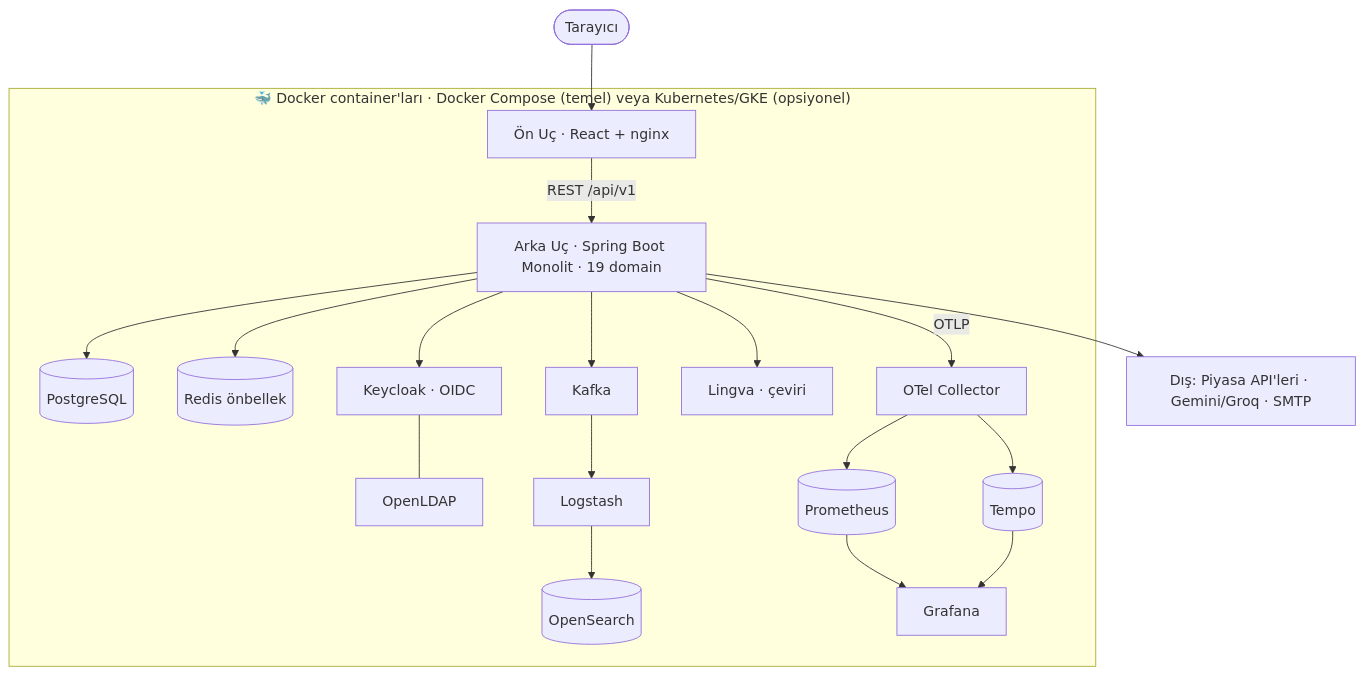
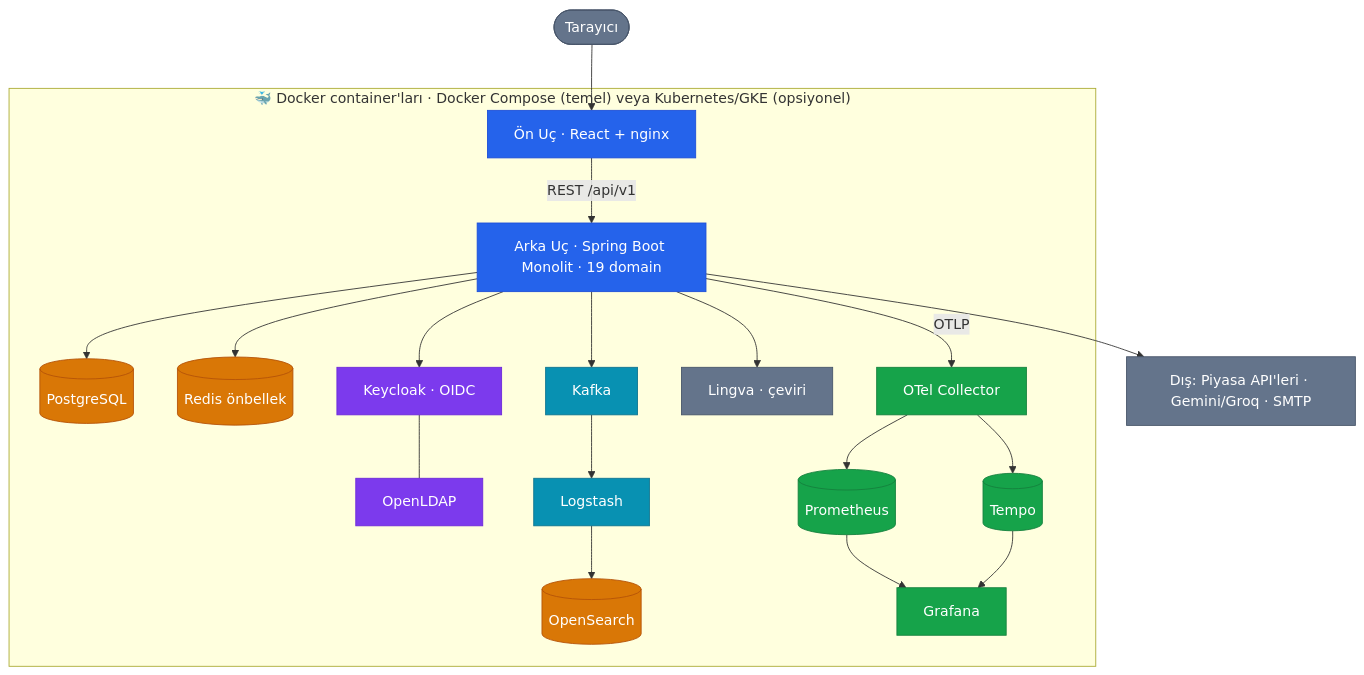
One commit to trkbyzc/32bit_finance_portal changed the diagram in README.tr.md. Above: the diagram before and after it, drawn with Mermaid. The commit also changed other lines of this file and 6 other files, not shown here.

Commit message:
docs(readme): apply review feedback (no title icon, <app_url> URLs, data tables vs screenshots, colored mermaid) + bilingual k8s/backend/frontend READMEs

````diff
--- a/README.tr.md
+++ b/README.tr.md
@@ -103,31 +103,44 @@
 ```mermaid
 graph TB
     B([Tarayıcı]) --> FE
     subgraph DOCKER["🐳 Docker container'ları · Docker Compose (temel) veya Kubernetes/GKE (opsiyonel)"]
         FE[Ön Uç · React + nginx]
         BE[Arka Uç · Spring Boot Monolit · 19 domain]
         PG[(PostgreSQL)]
         RD[(Redis önbellek)]
         KC[Keycloak · OIDC]
         LD[OpenLDAP]
         KF[Kafka]
         LS[Logstash]
         OS[(OpenSearch)]
         LV[Lingva · çeviri]
         OC[OTel Collector]
         TP[(Tempo)]
         PR[(Prometheus)]
         GF[Grafana]
     end
     FE -->|REST /api/v1| BE
     BE --> PG
     BE --> RD
     BE --> KC
     KC --- LD
     BE --> KF --> LS --> OS
     BE --> LV
     BE -->|OTLP| OC --> TP
     OC --> PR --> GF
     TP --> GF
     BE --> EXT[Dış: Piyasa API'leri · Gemini/Groq · SMTP]
+
+    classDef app fill:#2563eb,stroke:#1d4ed8,color:#fff
+    classDef data fill:#d97706,stroke:#b45309,color:#fff
+    classDef identity fill:#7c3aed,stroke:#6d28d9,color:#fff
+    classDef msg fill:#0891b2,stroke:#0e7490,color:#fff
+    classDef obs fill:#16a34a,stroke:#15803d,color:#fff
+    classDef ext fill:#64748b,stroke:#475569,color:#fff
+    class FE,BE app
+    class PG,RD,OS data
+    class KC,LD identity
+    class KF,LS msg
+    class OC,TP,PR,GF obs
+    class LV,EXT,B ext
 ```
````
